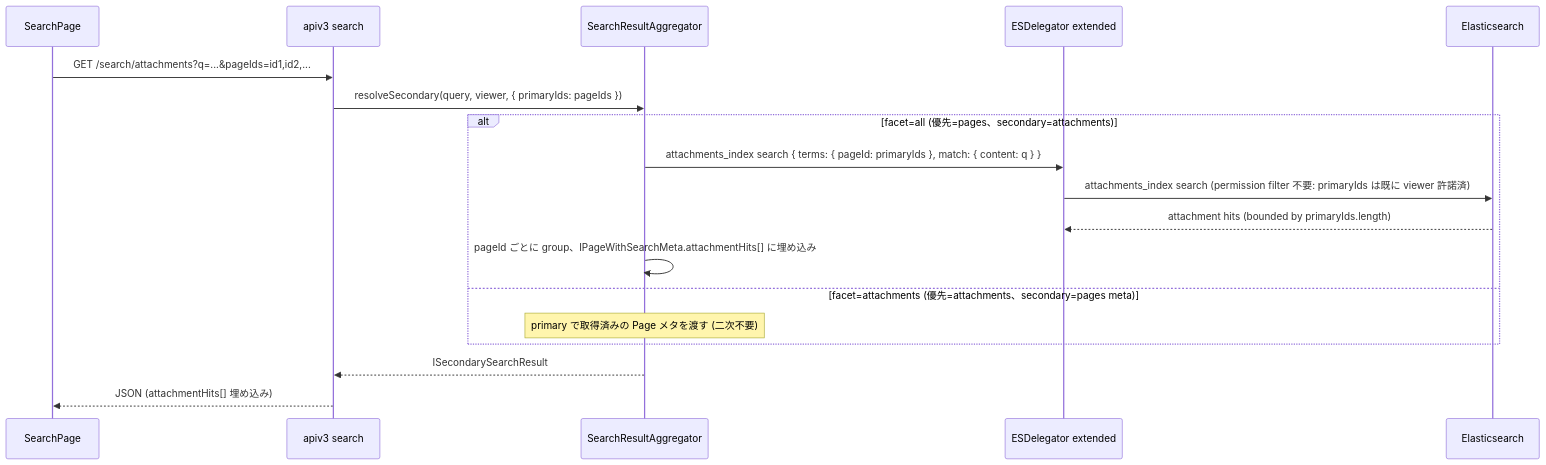
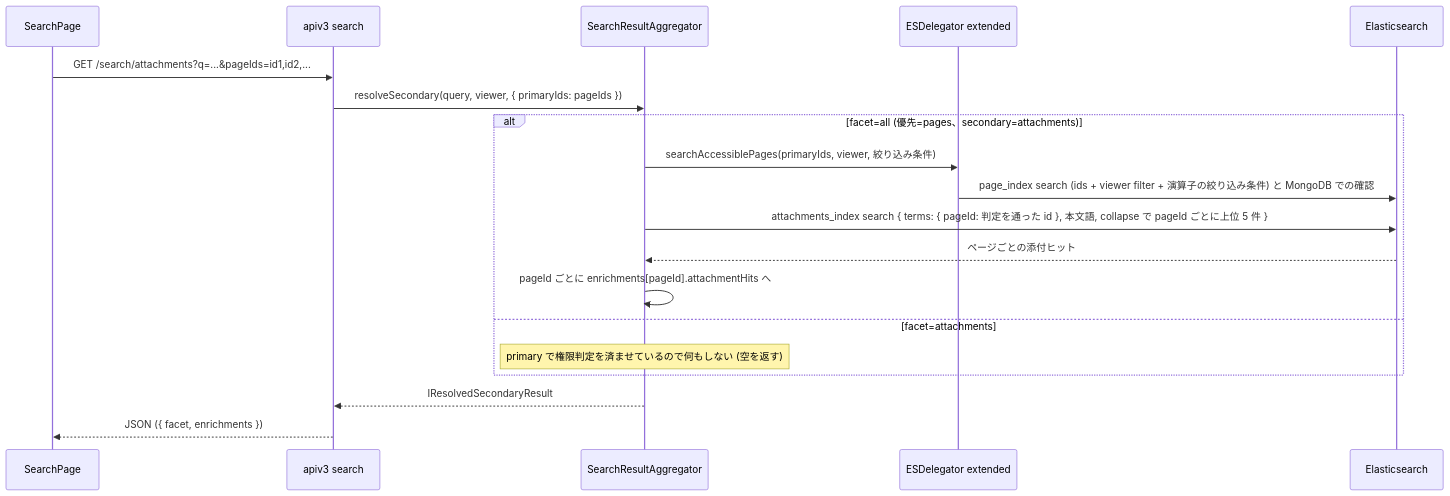
One commit to growilabs/growi changed the fourth of 6 diagrams in .kiro/specs/attachment-search-indexing/design.md. Above: the diagram before and after it, drawn with Mermaid. The commit also changed other lines of this file and 6 other files, not shown here.

First line of the commit message:
docs(attachment-search-indexing): bring the spec in line with the implementation

````diff
--- a/.kiro/specs/attachment-search-indexing/design.md
+++ b/.kiro/specs/attachment-search-indexing/design.md
@@ -370,23 +406,24 @@
 ```mermaid
 sequenceDiagram
     participant UI as SearchPage
     participant Api as apiv3 search
     participant Svc as SearchResultAggregator
     participant Del as ESDelegator extended
     participant ES as Elasticsearch
 
     UI->>Api: GET /search/attachments?q=...&pageIds=id1,id2,...
     Api->>Svc: resolveSecondary(query, viewer, { primaryIds: pageIds })
 
     alt facet=all (優先=pages、secondary=attachments)
-        Svc->>Del: attachments_index search { terms: { pageId: primaryIds }, match: { content: q } }
-        Del->>ES: attachments_index search (permission filter 不要: primaryIds は既に viewer 許諾済)
-        ES-->>Del: attachment hits (bounded by primaryIds.length)
-        Svc->>Svc: pageId ごとに group、IPageWithSearchMeta.attachmentHits[] に埋め込み
-    else facet=attachments (優先=attachments、secondary=pages meta)
-        Note over Svc: primary で取得済みの Page メタを渡す (二次不要)
+        Svc->>Del: searchAccessiblePages(primaryIds, viewer, 絞り込み条件)
+        Del->>ES: page_index search (ids + viewer filter + 演算子の絞り込み条件) と MongoDB での確認
+        Svc->>ES: attachments_index search { terms: { pageId: 判定を通った id }, 本文語, collapse で pageId ごとに上位 5 件 }
+        ES-->>Svc: ページごとの添付ヒット
+        Svc->>Svc: pageId ごとに enrichments[pageId].attachmentHits へ
+    else facet=attachments
+        Note over Svc: primary で権限判定を済ませているので何もしない (空を返す)
     end
 
-    Svc-->>Api: ISecondarySearchResult
-    Api-->>UI: JSON (attachmentHits[] 埋め込み)
+    Svc-->>Api: IResolvedSecondaryResult
+    Api-->>UI: JSON ({ facet, enrichments })
 ```
````
